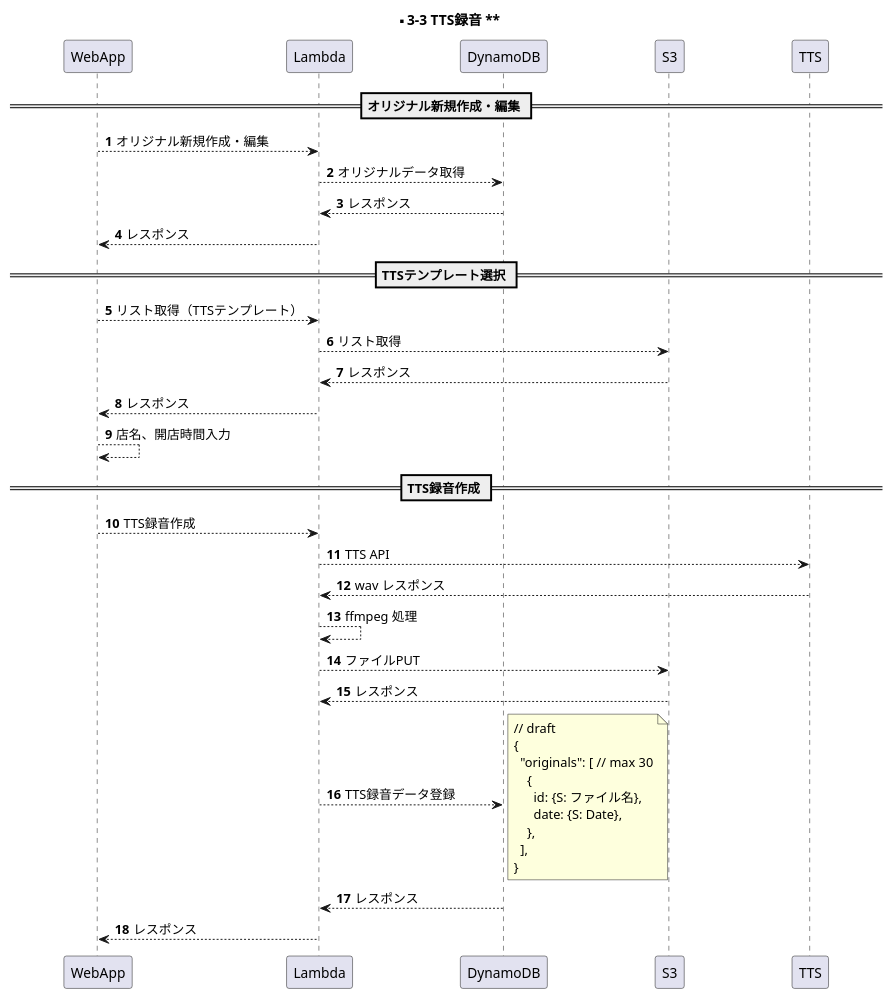
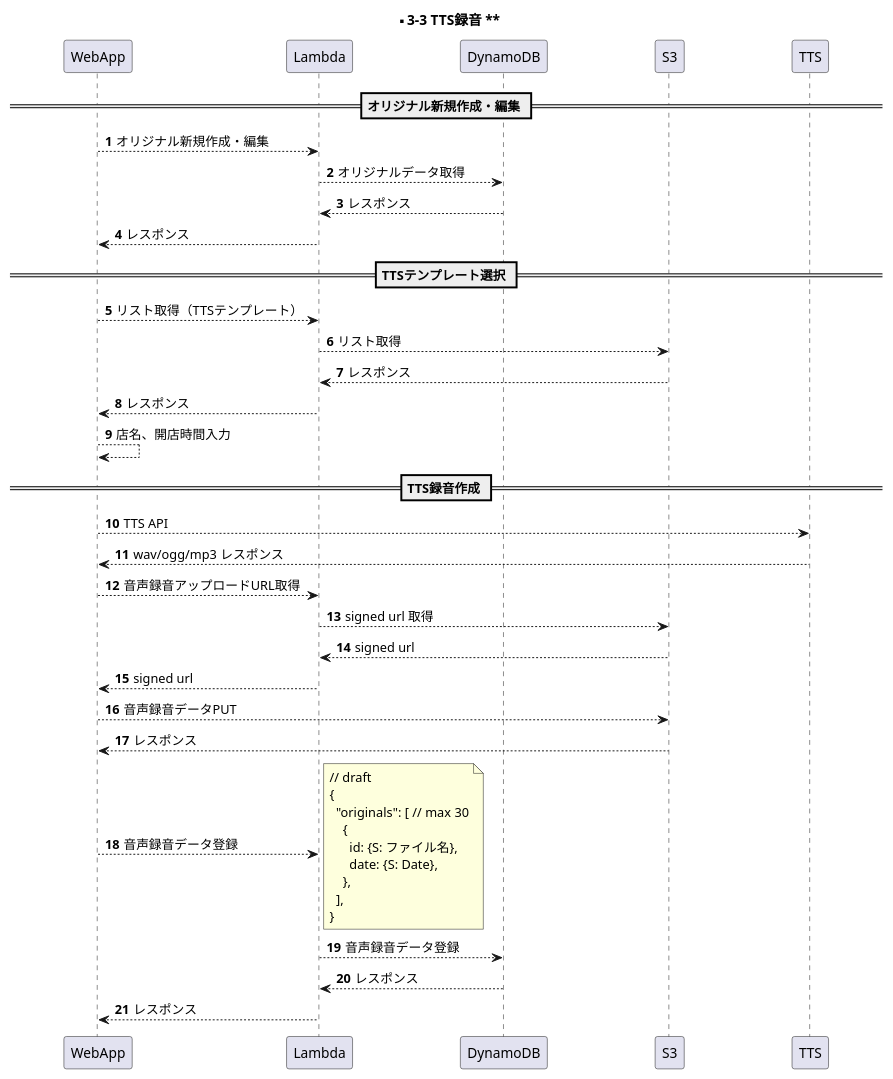
Before and after one commit to y-watanabe-usen/umesse-test: the diagram in documents/uml/s3-3.wsd, drawn with PlantUML. The commit also changed 7 other files, not shown here.

```diff
--- a/documents/uml/s3-3.wsd
+++ b/documents/uml/s3-3.wsd
@@ -1,48 +1,51 @@
 @startuml s3-3
 
 participant WebApp order 1
 participant Lambda order 2
 participant DynamoDB order 3
 participant S3 order 4
 participant TTS order 5
 skinparam ParticipantPadding 50
 autonumber
 
 title ** 3-3 TTS録音 **
 
 == オリジナル新規作成・編集 ==
 WebApp --> Lambda: オリジナル新規作成・編集
 Lambda --> DynamoDB: オリジナルデータ取得
 Lambda <-- DynamoDB: レスポンス
 WebApp <-- Lambda: レスポンス
 
 == TTSテンプレート選択 ==
 WebApp --> Lambda: リスト取得（TTSテンプレート）
 Lambda --> S3: リスト取得
 Lambda <-- S3: レスポンス
 WebApp <-- Lambda: レスポンス
 WebApp --> WebApp: 店名、開店時間入力
 
 == TTS録音作成 ==
-WebApp --> Lambda: TTS録音作成
-Lambda --> TTS: TTS API
-Lambda <-- TTS: wav レスポンス
-Lambda --> Lambda: ffmpeg 処理
-Lambda --> S3: ファイルPUT
-Lambda <-- S3: レスポンス
-Lambda --> DynamoDB: TTS録音データ登録
+WebApp --> TTS: TTS API
+WebApp <-- TTS: wav/ogg/mp3 レスポンス
+WebApp --> Lambda: 音声録音アップロードURL取得
+Lambda --> S3: signed url 取得
+Lambda <-- S3: signed url
+WebApp <-- Lambda: signed url
+WebApp --> S3: 音声録音データPUT
+WebApp <-- S3: レスポンス
+WebApp --> Lambda: 音声録音データ登録
 note right
 // draft
 {
   "originals": [ // max 30
     {
       id: {S: ファイル名},
       date: {S: Date},
     },
   ],
 }
 end note
+Lambda --> DynamoDB: 音声録音データ登録
 Lambda <-- DynamoDB: レスポンス
 WebApp <-- Lambda: レスポンス
 
 @enduml
```
